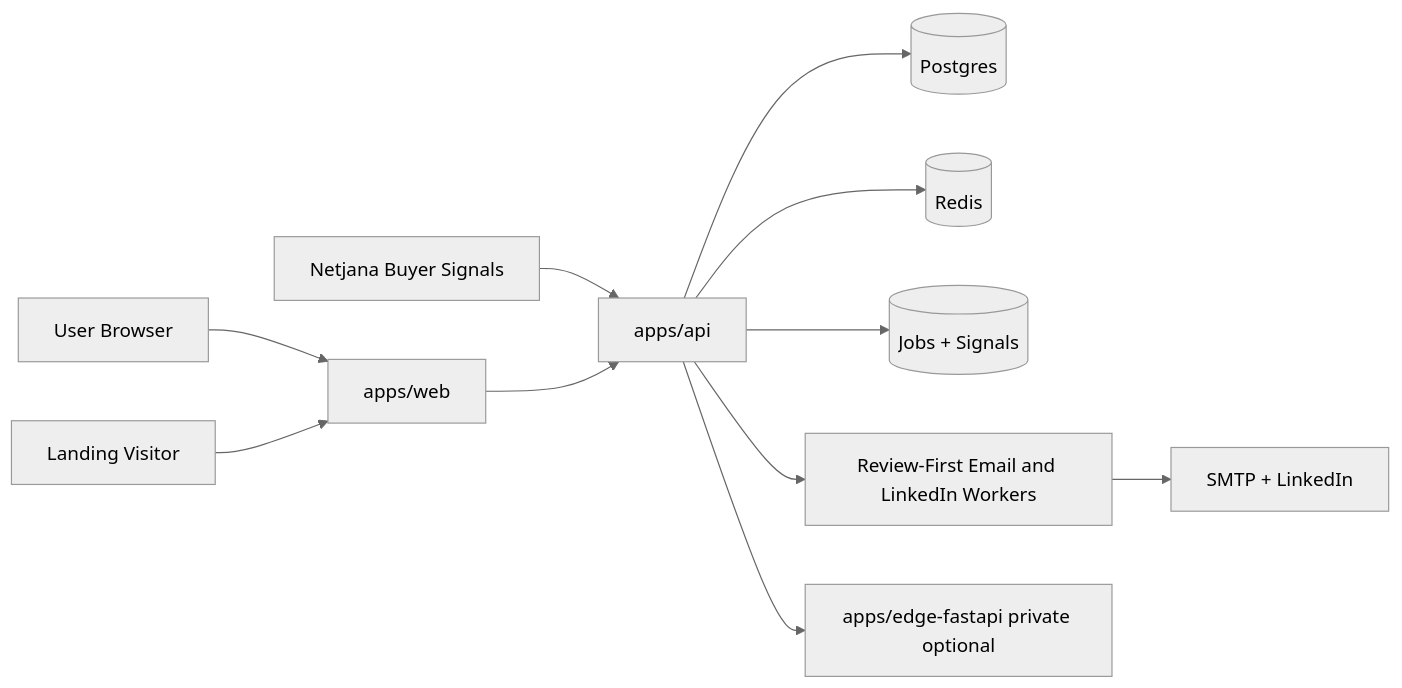
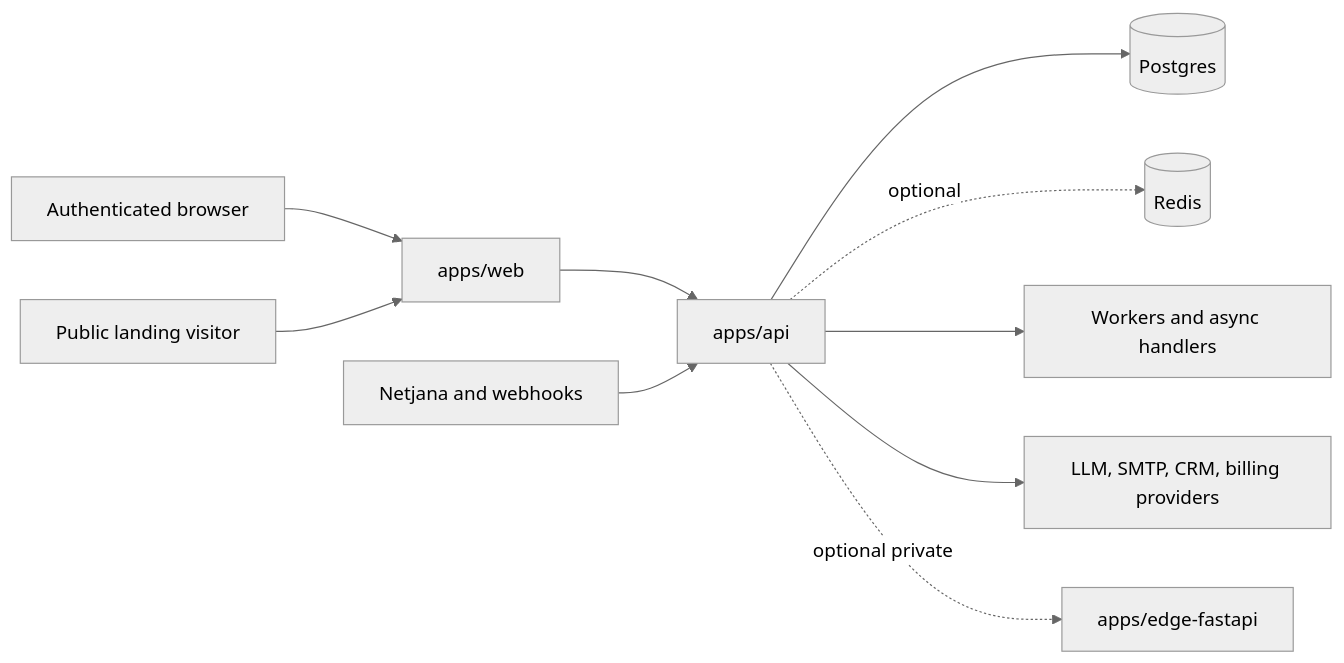
One commit to Convospanai-outreach/fullstack changed the diagram in MASTER_SYSTEM_ARCHITECTURE.md. Above: the diagram before and after it, drawn with Mermaid (neutral theme). The commit also changed other lines of this file and 8 other files, not shown here.

Commit message:
docs: refresh architecture and readiness assessment

````diff
--- a/MASTER_SYSTEM_ARCHITECTURE.md
+++ b/MASTER_SYSTEM_ARCHITECTURE.md
@@ -31,13 +19,12 @@
 ```mermaid
 flowchart LR
-    U[User Browser] --> W[apps/web]
-    V[Landing Visitor] --> W
-    N[Netjana Buyer Signals] --> A[apps/api]
-    W --> A[apps/api]
-    A --> P[(Postgres)]
-    A --> R[(Redis)]
-    A --> J[(Jobs + Signals)]
-    A --> C[Review-First Email and LinkedIn Workers]
-    C --> X[SMTP + LinkedIn]
-    A --> E[apps/edge-fastapi private optional]
+    Browser[Authenticated browser] --> Web[apps/web]
+    Visitor[Public landing visitor] --> Web
+    Web --> API[apps/api]
+    Signals[Netjana and webhooks] --> API
+    API --> DB[(Postgres)]
+    API -. optional .-> Cache[(Redis)]
+    API --> Jobs[Workers and async handlers]
+    API --> Providers[LLM, SMTP, CRM, billing providers]
+    API -. optional private .-> Edge[apps/edge-fastapi]
 ```
````
